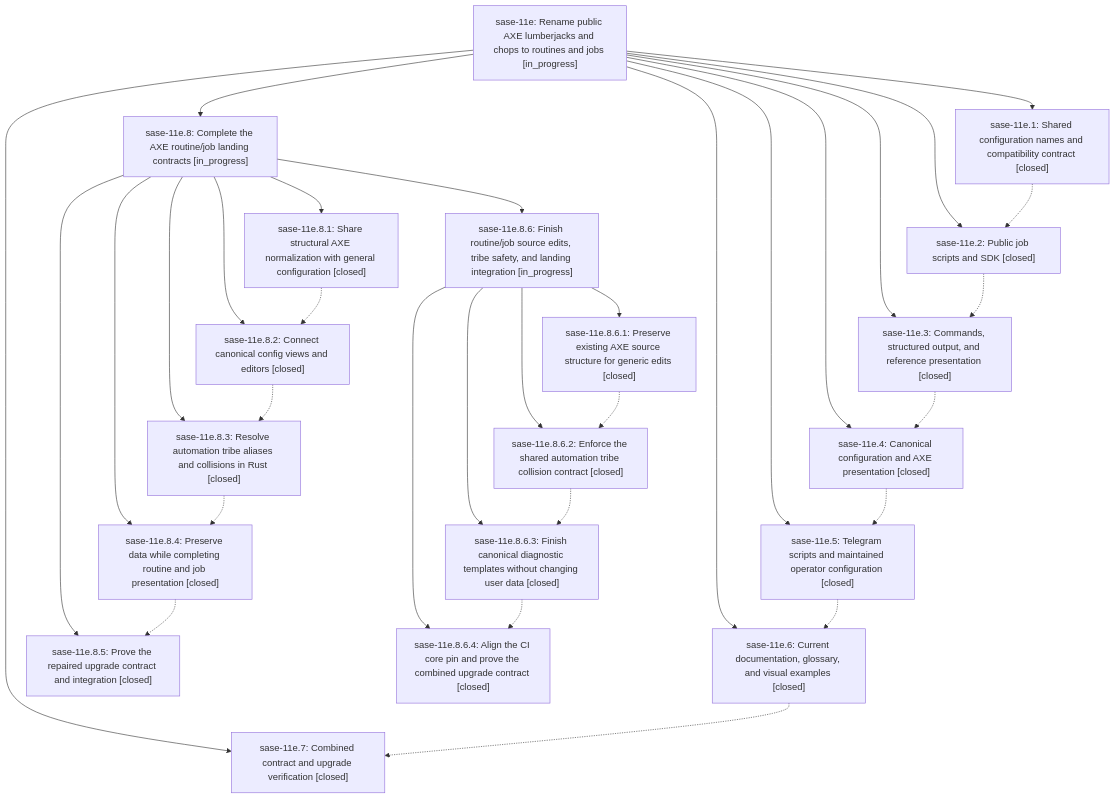
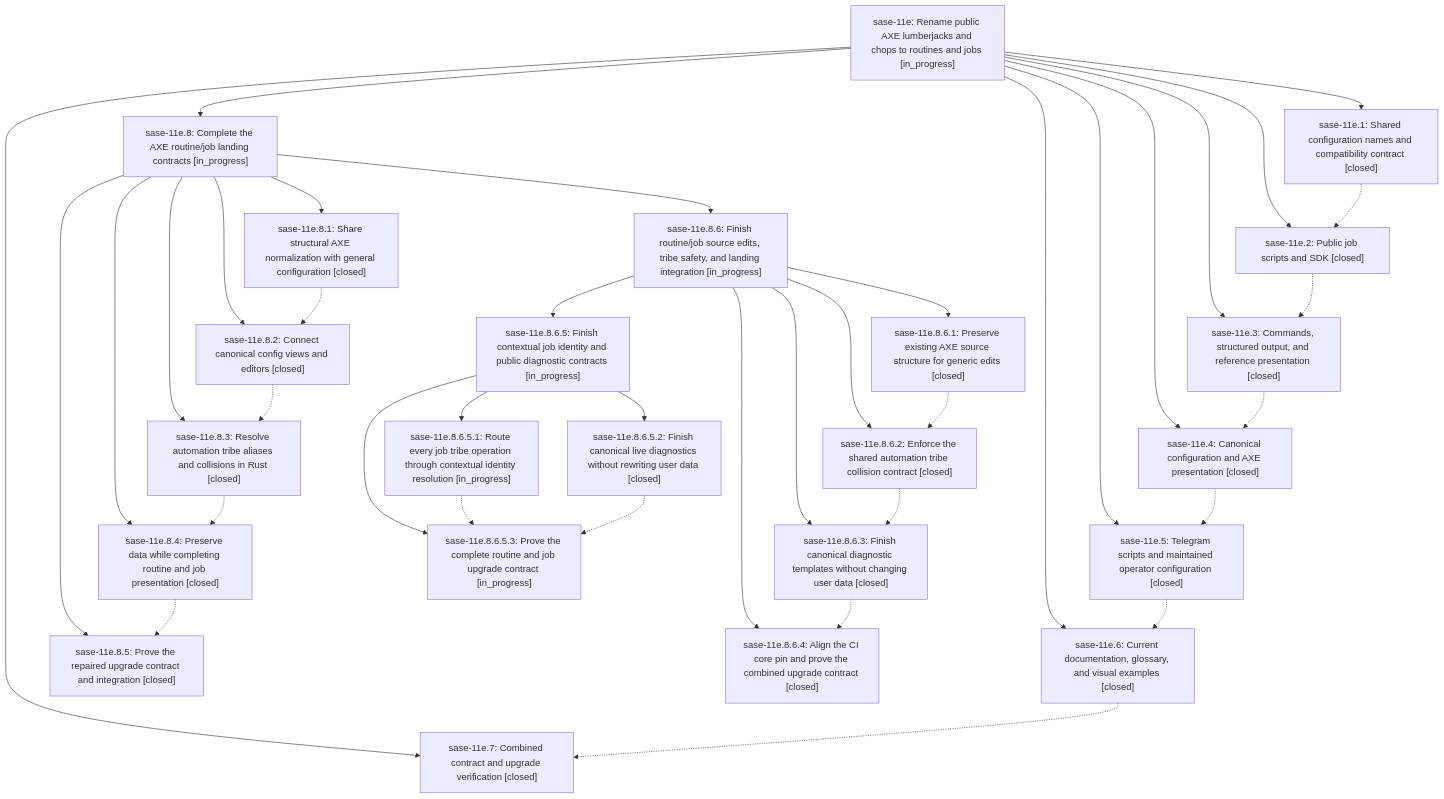
The diagram in pages/sase-11e/README.md (sase-org/sase--beads), drawn with Mermaid before and after one commit. The commit also changed other lines of this file and 5 other files, not shown here.

````diff
--- a/pages/sase-11e/README.md
+++ b/pages/sase-11e/README.md
@@ -42,53 +42,63 @@
 ```mermaid
 flowchart TD
     n0["sase-11e: Rename public AXE lumberjacks and chops to routines and jobs [in_progress]"]
     n1["sase-11e.1: Shared configuration names and compatibility contract [closed]"]
     n2["sase-11e.2: Public job scripts and SDK [closed]"]
     n3["sase-11e.3: Commands, structured output, and reference presentation [closed]"]
     n4["sase-11e.4: Canonical configuration and AXE presentation [closed]"]
     n5["sase-11e.5: Telegram scripts and maintained operator configuration [closed]"]
     n6["sase-11e.6: Current documentation, glossary, and visual examples [closed]"]
     n7["sase-11e.7: Combined contract and upgrade verification [closed]"]
     n8["sase-11e.8: Complete the AXE routine/job landing contracts [in_progress]"]
     n9["sase-11e.8.1: Share structural AXE normalization with general configuration [closed]"]
     n10["sase-11e.8.2: Connect canonical config views and editors [closed]"]
     n11["sase-11e.8.3: Resolve automation tribe aliases and collisions in Rust [closed]"]
     n12["sase-11e.8.4: Preserve data while completing routine and job presentation [closed]"]
     n13["sase-11e.8.5: Prove the repaired upgrade contract and integration [closed]"]
     n14["sase-11e.8.6: Finish routine/job source edits, tribe safety, and landing integration [in_progress]"]
     n15["sase-11e.8.6.1: Preserve existing AXE source structure for generic edits [closed]"]
     n16["sase-11e.8.6.2: Enforce the shared automation tribe collision contract [closed]"]
     n17["sase-11e.8.6.3: Finish canonical diagnostic templates without changing user data [closed]"]
     n18["sase-11e.8.6.4: Align the CI core pin and prove the combined upgrade contract [closed]"]
+    n19["sase-11e.8.6.5: Finish contextual job identity and public diagnostic contracts [in_progress]"]
+    n20["sase-11e.8.6.5.1: Route every job tribe operation through contextual identity resolution [in_progress]"]
+    n21["sase-11e.8.6.5.2: Finish canonical live diagnostics without rewriting user data [closed]"]
+    n22["sase-11e.8.6.5.3: Prove the complete routine and job upgrade contract [in_progress]"]
     n0 --> n1
     n0 --> n2
     n0 --> n3
     n0 --> n4
     n0 --> n5
     n0 --> n6
     n0 --> n7
     n0 --> n8
     n8 --> n9
     n8 --> n10
     n8 --> n11
     n8 --> n12
     n8 --> n13
     n8 --> n14
     n14 --> n15
     n14 --> n16
     n14 --> n17
     n14 --> n18
+    n14 --> n19
+    n19 --> n20
+    n19 --> n21
+    n19 --> n22
     n1 -.-> n2
     n2 -.-> n3
     n3 -.-> n4
     n4 -.-> n5
     n5 -.-> n6
     n6 -.-> n7
     n9 -.-> n10
     n10 -.-> n11
     n11 -.-> n12
     n12 -.-> n13
     n15 -.-> n16
     n16 -.-> n17
     n17 -.-> n18
+    n20 -.-> n22
+    n21 -.-> n22
 ```
````
